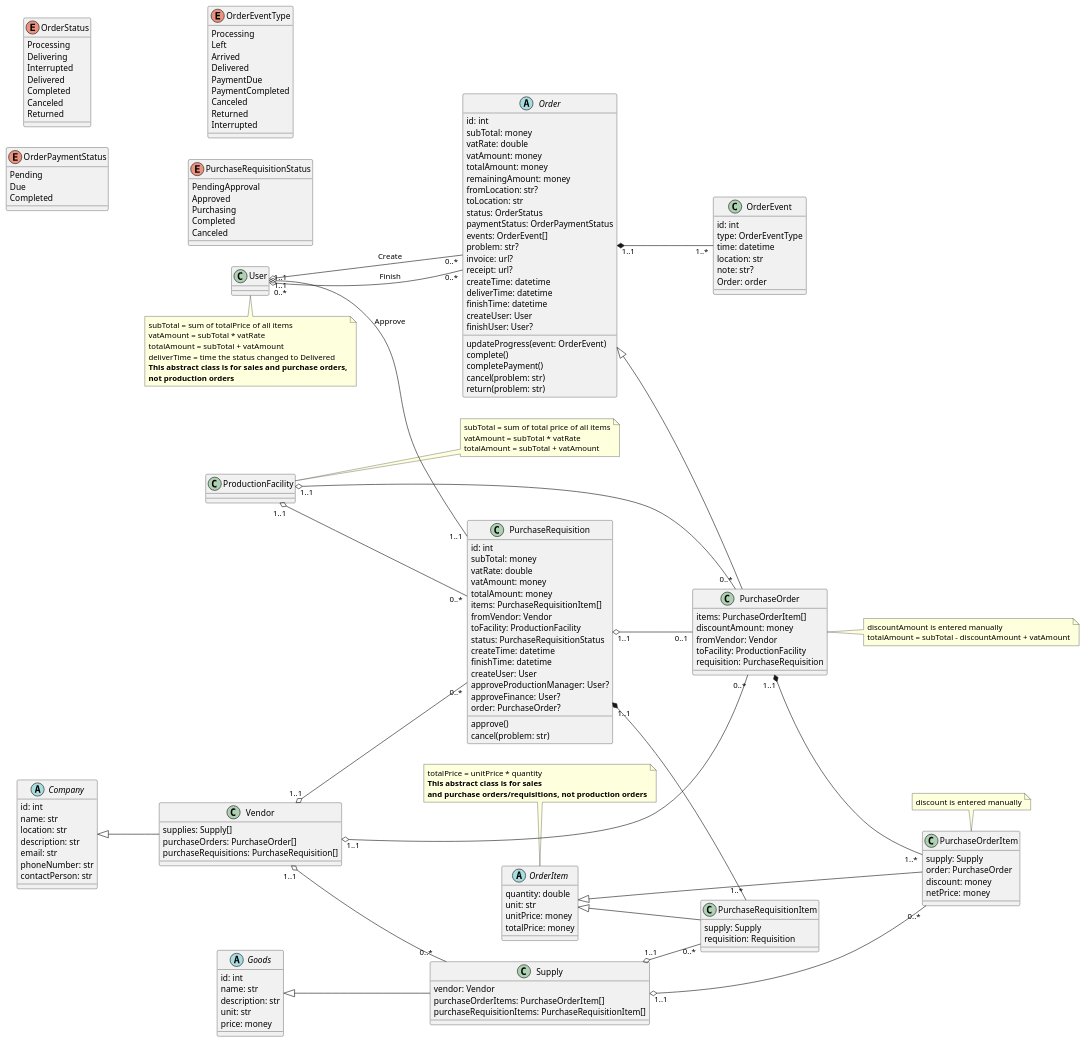
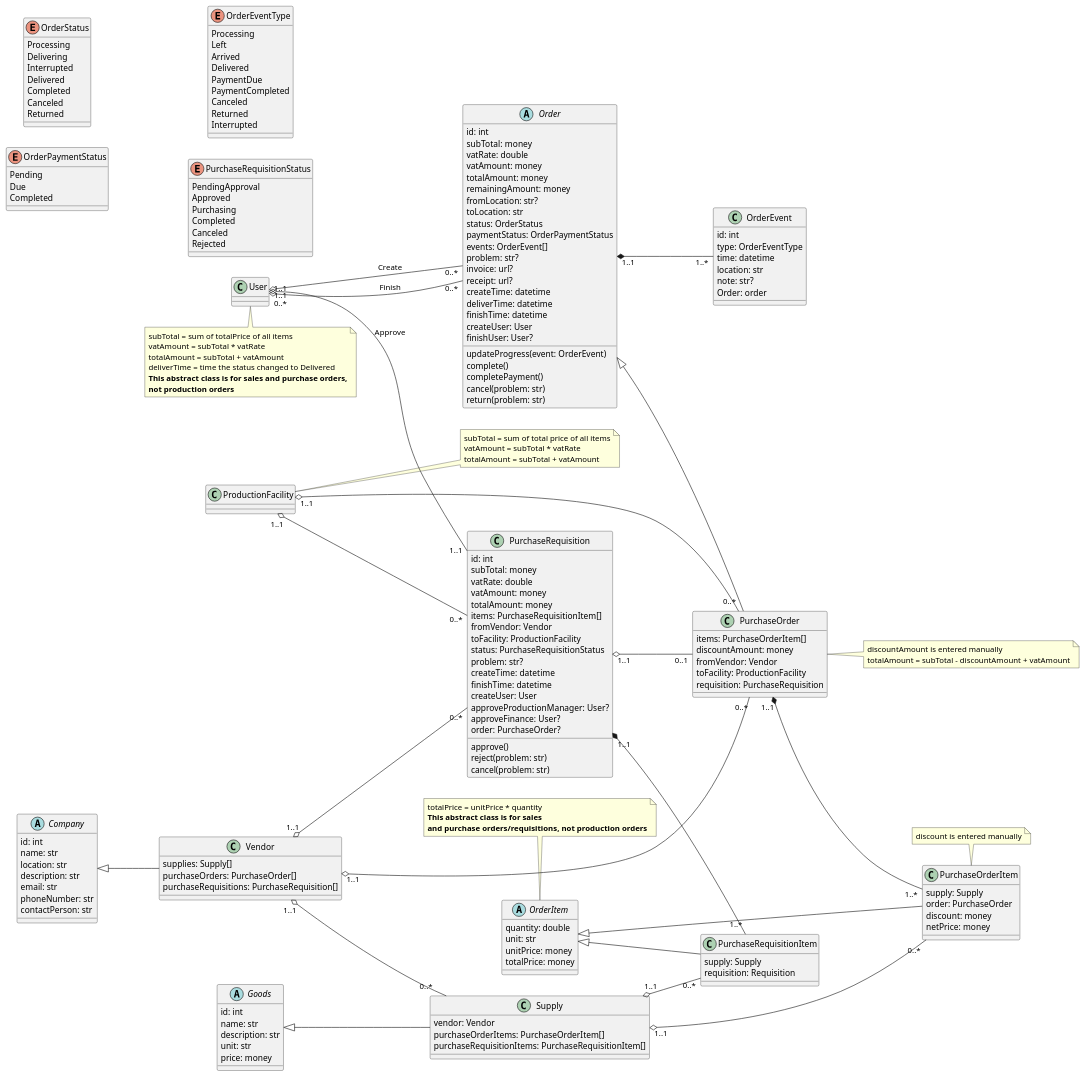
Before and after one commit to phihungha/SE357-Practice-class: the diagram in Lab1/Lab1.2/classes/purchase.plantuml, drawn with PlantUML. The commit also changed 5 other files, not shown here.

Commit message:
Fix diagram notes

```diff
--- a/Lab1/Lab1.2/classes/purchase.plantuml
+++ b/Lab1/Lab1.2/classes/purchase.plantuml
@@ -1,195 +1,198 @@
 @startuml purchase
 left to right direction
 
 abstract Company {
     id: int
     name: str
     location: str
     description: str
     email: str
     phoneNumber: str
     contactPerson: str
 }
 
 class Vendor {
     supplies: Supply[]
     purchaseOrders: PurchaseOrder[]
     purchaseRequisitions: PurchaseRequisition[]
 
 }
 Company <|-- Vendor
 
 abstract Goods {
     id: int
     name: str
     description: str
     unit: str
     price: money
 }
 
 class Supply {
     vendor: Vendor
     purchaseOrderItems: PurchaseOrderItem[]
     purchaseRequisitionItems: PurchaseRequisitionItem[]
 }
 Goods <|-- Supply
 Vendor "1..1" o-- "0..*" Supply
 
 enum OrderStatus {
     Processing
     Delivering
     Interrupted
     Delivered
     Completed
     Canceled
     Returned
 }
 
 enum OrderPaymentStatus {
     Pending
     Due
     Completed
 }
 
 abstract Order {
     id: int
     subTotal: money
     vatRate: double
     vatAmount: money
     totalAmount: money
     remainingAmount: money
     fromLocation: str?
     toLocation: str
     status: OrderStatus
     paymentStatus: OrderPaymentStatus
     events: OrderEvent[]
     problem: str?
     invoice: url?
     receipt: url?
     createTime: datetime
     deliverTime: datetime
     finishTime: datetime
     createUser: User
     finishUser: User?
     updateProgress(event: OrderEvent)
     complete()
     completePayment()
     cancel(problem: str)
     return(problem: str)
 }
 User "1..1" o-- "0..*" Order : Create
 User "1..1" o-- "0..*" Order : Finish
 note bottom
     subTotal = sum of totalPrice of all items
     vatAmount = subTotal * vatRate
     totalAmount = subTotal + vatAmount
     deliverTime = time the status changed to Delivered
     <b>This abstract class is for sales and purchase orders,
     <b>not production orders
 endnote
 
 abstract OrderItem {
     quantity: double
     unit: str
     unitPrice: money
     totalPrice: money
 }
 note top
     totalPrice = unitPrice * quantity
     <b>This abstract class is for sales
     <b>and purchase orders/requisitions, not production orders
 endnote
 
 enum OrderEventType {
     Processing
     Left
     Arrived
     Delivered
     PaymentDue
     PaymentCompleted
     Canceled
     Returned
     Interrupted
 }
 
 class OrderEvent {
     id: int
     type: OrderEventType
     time: datetime
     location: str
     note: str?
     Order: order
 }
 Order "1..1" *-- "1..*" OrderEvent
 
 enum PurchaseRequisitionStatus {
     PendingApproval
     Approved
     Purchasing
     Completed
     Canceled
+    Rejected
 }
 
 class PurchaseRequisition {
     id: int
     subTotal: money
     vatRate: double
     vatAmount: money
     totalAmount: money
     items: PurchaseRequisitionItem[]
     fromVendor: Vendor
     toFacility: ProductionFacility
     status: PurchaseRequisitionStatus
+    problem: str?
     createTime: datetime
     finishTime: datetime
     createUser: User
     approveProductionManager: User?
     approveFinance: User?
     order: PurchaseOrder?
     approve()
+    reject(problem: str)
     cancel(problem: str)
 }
 Vendor "1..1" o-- "0..*" PurchaseRequisition
 User "0..*" o-- "1..1" PurchaseRequisition : Approve
 ProductionFacility "1..1" o-- "0..*" PurchaseRequisition
 note right
     subTotal = sum of total price of all items
     vatAmount = subTotal * vatRate
     totalAmount = subTotal + vatAmount
 endnote
 
 class PurchaseRequisitionItem {
     supply: Supply
     requisition: Requisition
 }
 OrderItem <|-- PurchaseRequisitionItem
 PurchaseRequisition "1..1" *-- "1..*" PurchaseRequisitionItem
 Supply "1..1" o-- "0..*" PurchaseRequisitionItem
 
 class PurchaseOrder {
     items: PurchaseOrderItem[]
     discountAmount: money
     fromVendor: Vendor
     toFacility: ProductionFacility
     requisition: PurchaseRequisition
 }
 Order <|-- PurchaseOrder
 Vendor "1..1" o-- "0..*" PurchaseOrder
 ProductionFacility "1..1" o-- "0..*" PurchaseOrder
 PurchaseRequisition "1..1" o-- "0..1" PurchaseOrder
 note right
     discountAmount is entered manually
     totalAmount = subTotal - discountAmount + vatAmount
 endnote
 
 class PurchaseOrderItem {
     supply: Supply
     order: PurchaseOrder
     discount: money
     netPrice: money
 }
 OrderItem <|-- PurchaseOrderItem
 PurchaseOrder "1..1" *-- "1..*" PurchaseOrderItem
 Supply "1..1" o-- "0..*" PurchaseOrderItem
 note top: discount is entered manually
 @enduml
```
